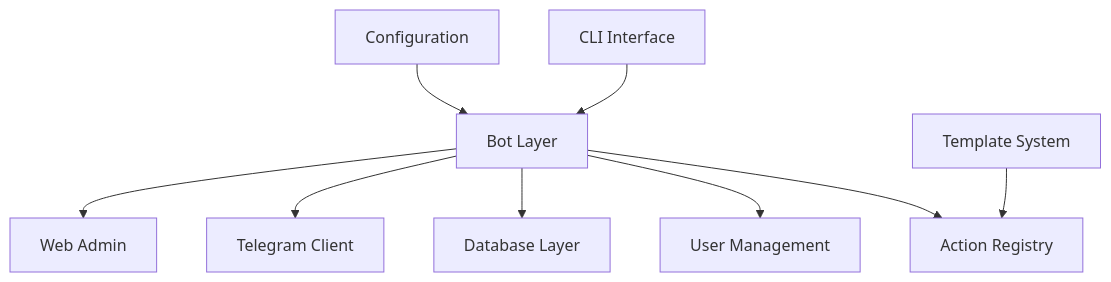
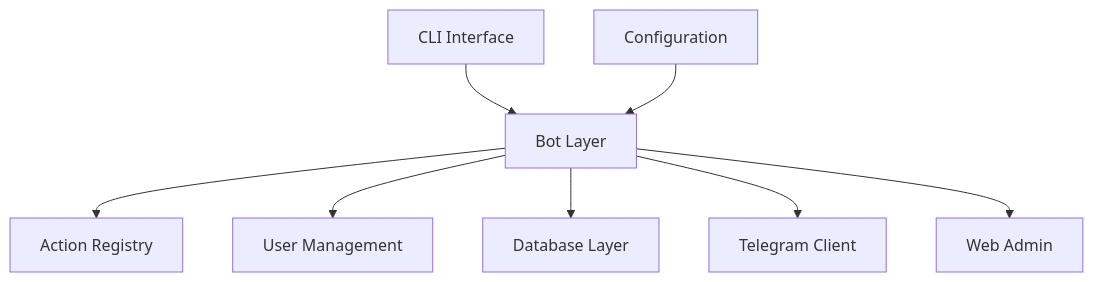
One commit to kamihi-org/kamihi changed the diagram in docs/dev/architecture.md. Above: the diagram before and after it, drawn with Mermaid. The commit also changed other lines of this file and 4 other files, not shown here.

````diff
--- a/docs/dev/architecture.md
+++ b/docs/dev/architecture.md
@@ -21,11 +21,10 @@
 ```mermaid
 graph TD
     A[CLI Interface] --> B[Bot Layer]
     B --> C[Action Registry]
     B --> D[User Management]
     B --> E[Database Layer]
     B --> F[Telegram Client]
     B --> G[Web Admin]
-    H[Template System] --> C
     I[Configuration] --> B
 ```
````
